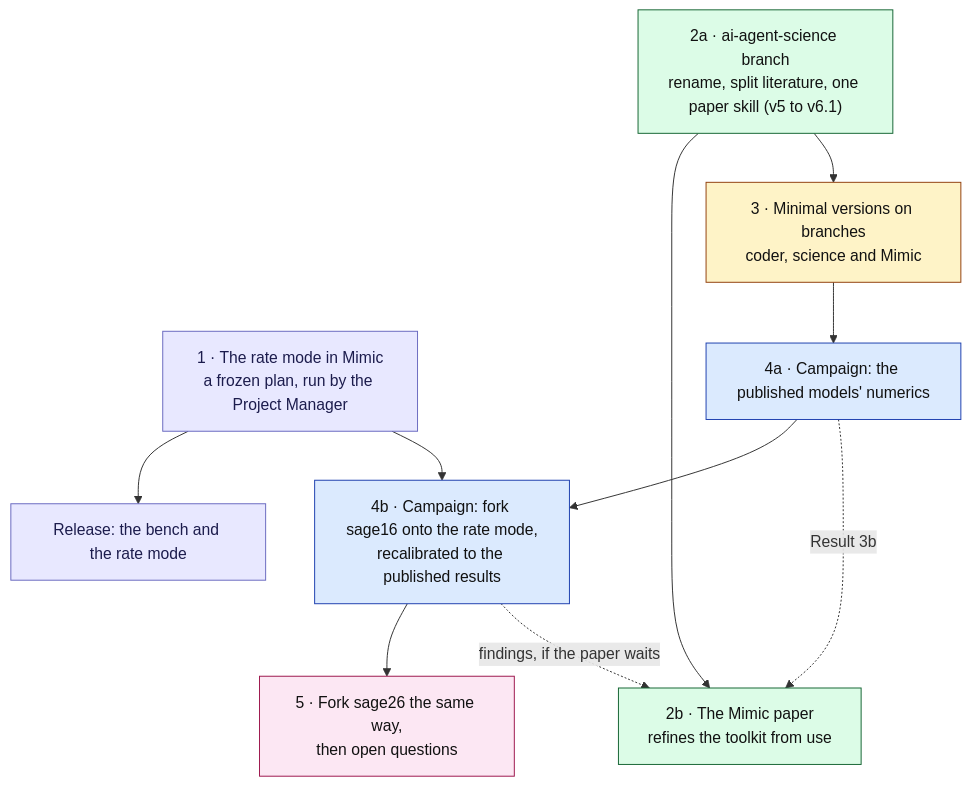
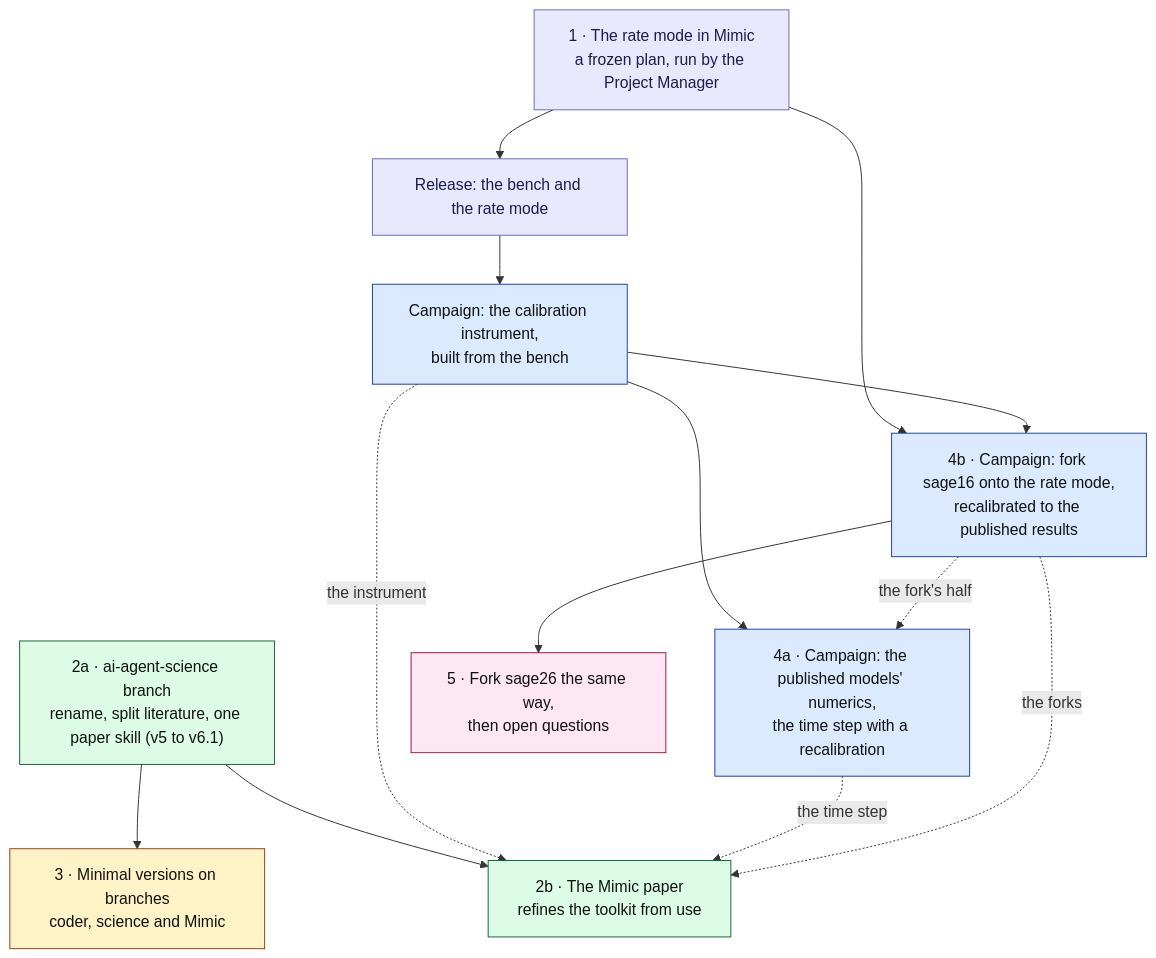
The second of 2 diagrams in docs/dev/AGENTIC-SCIENCE-ARCHITECTURE.md (darrencroton/mimic), drawn with Mermaid before and after one commit. The commit also changed other lines of this file and 4 other files, not shown here.

````diff
--- a/docs/dev/AGENTIC-SCIENCE-ARCHITECTURE.md
+++ b/docs/dev/AGENTIC-SCIENCE-ARCHITECTURE.md
@@ -272,25 +272,29 @@
 ```mermaid
 flowchart TD
     S1["1 · The rate mode in Mimic<br/>a frozen plan, run by the Project Manager"]:::mimic
     S1r["Release: the bench and the rate mode"]:::mimic
     S2a["2a · ai-agent-science branch<br/>rename, split literature, one paper skill (v5 to v6.1)"]:::sci
     S2b["2b · The Mimic paper<br/>refines the toolkit from use"]:::sci
     S3["3 · Minimal versions on branches<br/>coder, science and Mimic"]:::build
-    S4a["4a · Campaign: the published models' numerics"]:::exp
+    SC["Campaign: the calibration instrument,<br/>built from the bench"]:::exp
+    S4a["4a · Campaign: the published models' numerics,<br/>the time step with a recalibration"]:::exp
     S4b["4b · Campaign: fork sage16 onto the rate mode,<br/>recalibrated to the published results"]:::exp
     S5["5 · Fork sage26 the same way,<br/>then open questions"]:::real
 
     S1 --> S1r
     S1 --> S4b
     S2a --> S2b
     S2a --> S3
-    S3 --> S4a --> S4b --> S5
-    S4a -.->|Result 3b| S2b
-    S4b -.->|findings, if the paper waits| S2b
+    S1r --> SC --> S4b --> S5
+    SC --> S4a
+    S4b -.->|the fork's half| S4a
+    SC -.->|the instrument| S2b
+    S4a -.->|the time step| S2b
+    S4b -.->|the forks| S2b
 
     classDef mimic fill:#e8e8ff,stroke:#6a6ac0,color:#1c1c4d
     classDef sci fill:#dcfce7,stroke:#166534,color:#111111
     classDef build fill:#fef3c7,stroke:#92400e,color:#111111
     classDef exp fill:#dbeafe,stroke:#1e40af,color:#111111
     classDef real fill:#fce7f3,stroke:#9d174d,color:#111111
 ```
````
